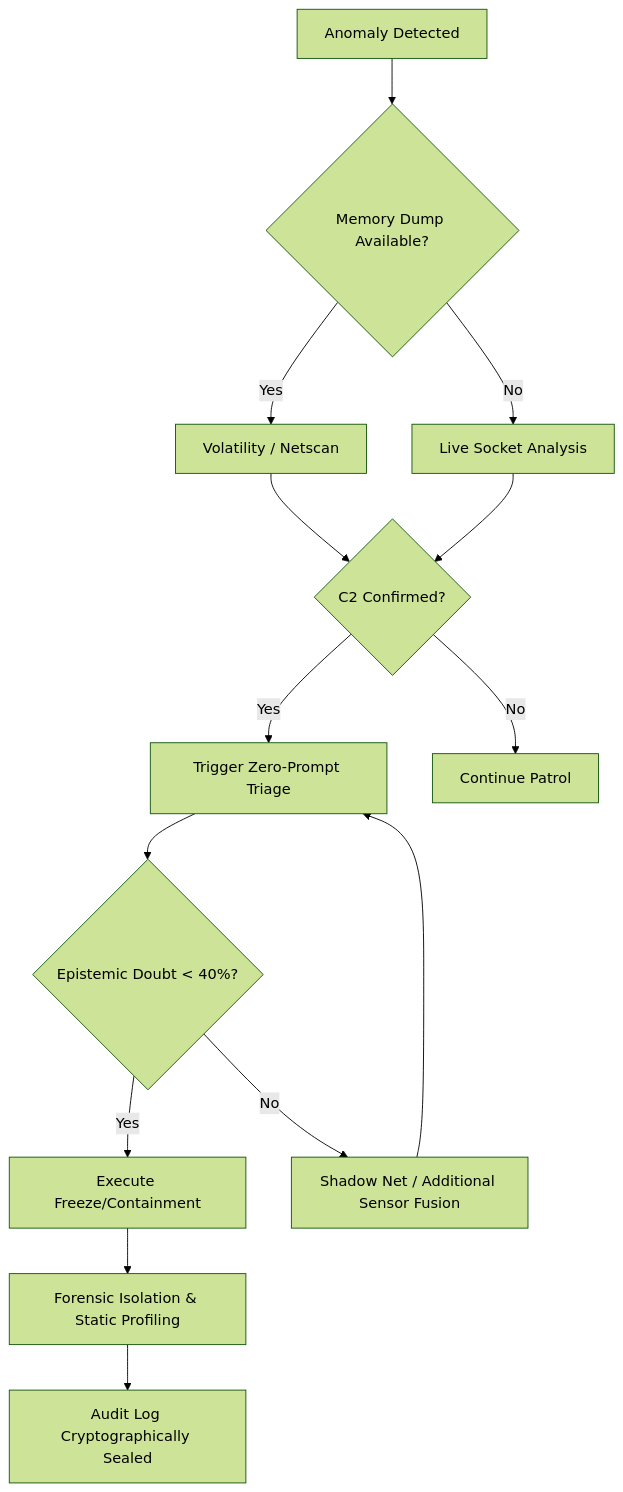
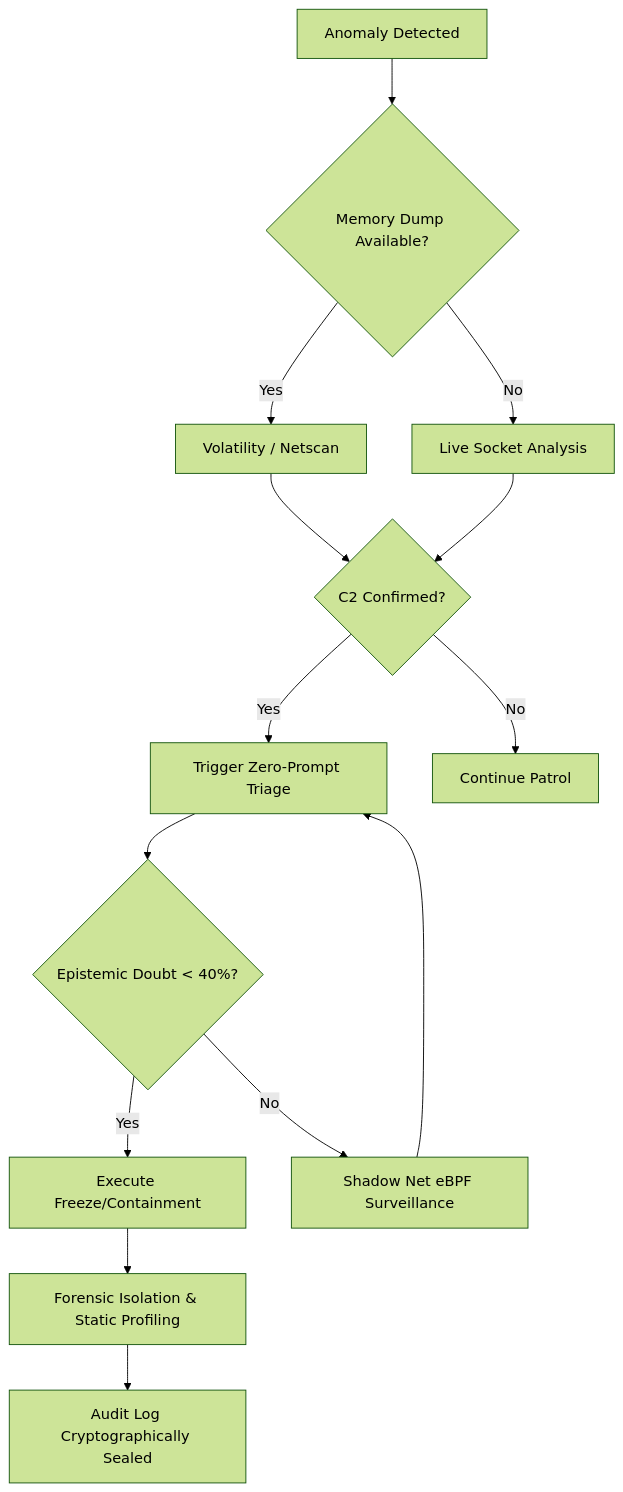
Before and after one commit to ArcVielLouvent/yomi-triage-system: the third of 3 diagrams in README.md, drawn with Mermaid (forest theme). The commit also changed other lines of this file and 2 other files, not shown here.

````diff
--- a/README.md
+++ b/README.md
@@ -260,17 +290,17 @@
 ```mermaid
 flowchart TD;
     A[Anomaly Detected] --> B{Memory Dump Available?}
     B -- Yes --> C[Volatility / Netscan]
     B -- No --> D[Live Socket Analysis]
     C --> E{C2 Confirmed?}
     D --> E
     E -- Yes --> F[Trigger Zero-Prompt Triage]
     E -- No --> G[Continue Patrol]
     F --> H{Epistemic Doubt < 40%?}
     H -- Yes --> I[Execute Freeze/Containment]
-    H -- No --> J[Shadow Net / Additional Sensor Fusion]
+    H -- No --> J[Shadow Net eBPF Surveillance]
     J --> F
     I --> K[Forensic Isolation & Static Profiling]
     K --> L[Audit Log Cryptographically Sealed]
 
 ```
````
